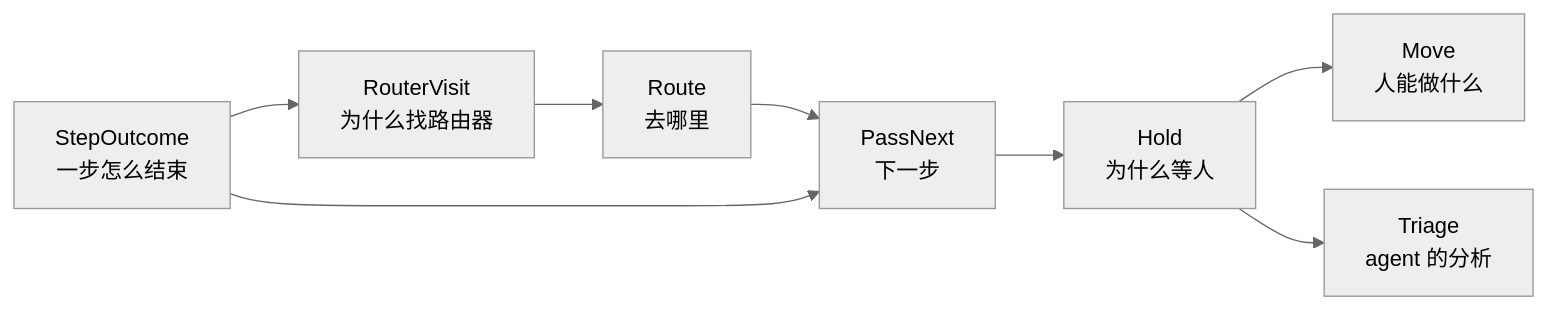
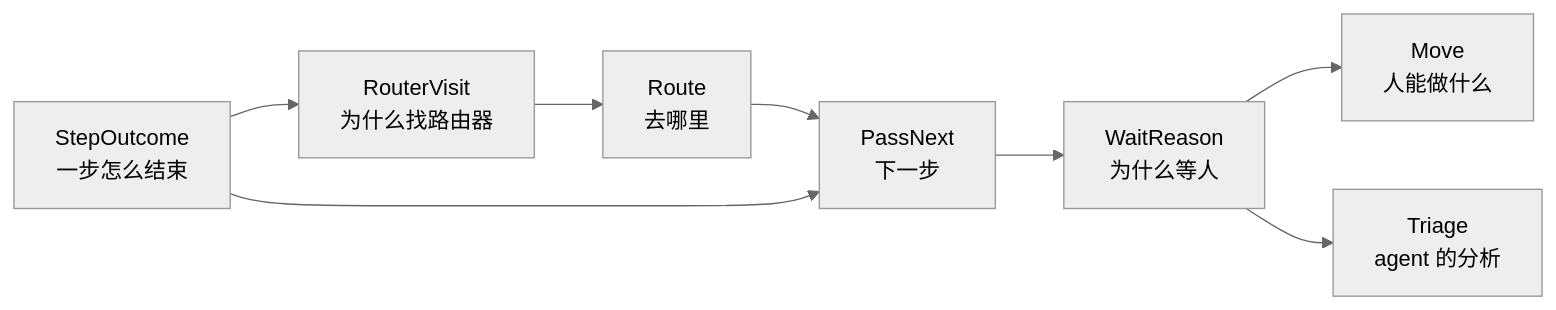
Before and after one commit to steven-zhc/lingtai: the diagram in doc/design/types.zh.md, drawn with Mermaid (neutral theme). The commit also changed other lines of this file, not shown here.

First line of the commit message:
docs(design): types.zh.md names the wait after the board's lane — WaitReason, Waiting, WaitTriaged — and keeps hold for agent:hold

````diff
--- a/doc/design/types.zh.md
+++ b/doc/design/types.zh.md
@@ -15,10 +16,10 @@
 ```mermaid
 flowchart LR
   A["StepOutcome<br/>一步怎么结束"] --> B["RouterVisit<br/>为什么找路由器"]
   B --> C["Route<br/>去哪里"]
   C --> D["PassNext<br/>下一步"]
   A --> D
-  D --> E["Hold<br/>为什么等人"]
+  D --> E["WaitReason<br/>为什么等人"]
   E --> F["Move<br/>人能做什么"]
   E --> G["Triage<br/>agent 的分析"]
 ```
````
